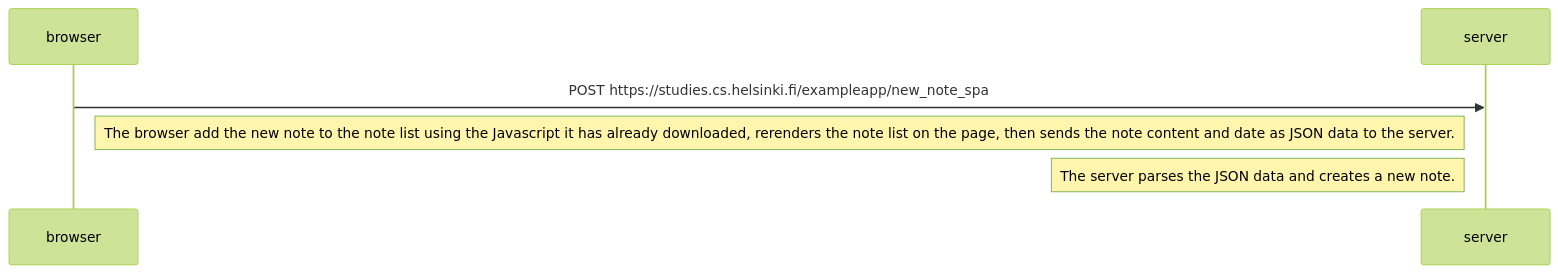
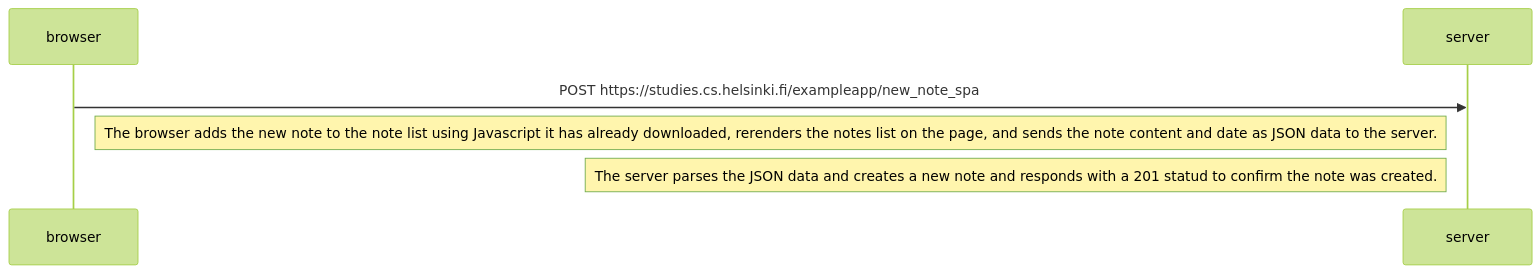
Before and after one commit to bryanparmelee/full-stack-open: the diagram in Part 0/0.6: New note in Single page app diagram/diagram.md, drawn with Mermaid (forest theme). The commit also changed 1 other file, not shown here.

Commit message:
Fix typos, clarify notes

````diff
--- a/Part 0/0.6: New note in Single page app diagram/diagram.md
+++ b/Part 0/0.6: New note in Single page app diagram/diagram.md
@@ -1,11 +1,11 @@
 ```mermaid
 sequenceDiagram
     participant browser
     participant server
 
     browser->>server: POST https://studies.cs.helsinki.fi/exampleapp/new_note_spa
 
-    Note right of browser: The browser add the new note to the note list using the Javascript it has already downloaded, rerenders the note list on the page, then sends the note content and date as JSON data to the server.
+    Note right of browser: The browser adds the new note to the note list using Javascript it has already downloaded, rerenders the notes list on the page, and sends the note content and date as JSON data to the server.
 
-    Note left of server: The server parses the JSON data and creates a new note.
+    Note left of server: The server parses the JSON data and creates a new note and responds with a 201 statud to confirm the note was created.
 ```
````
